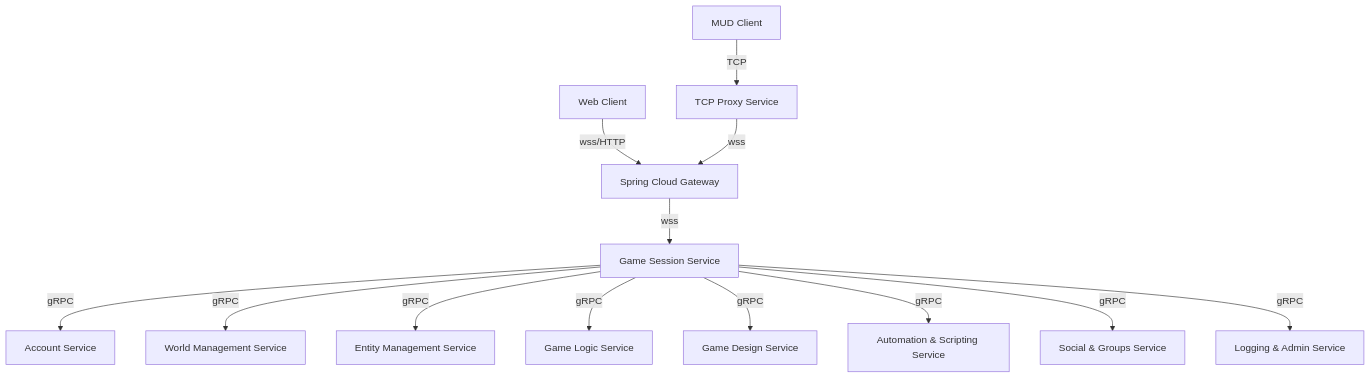
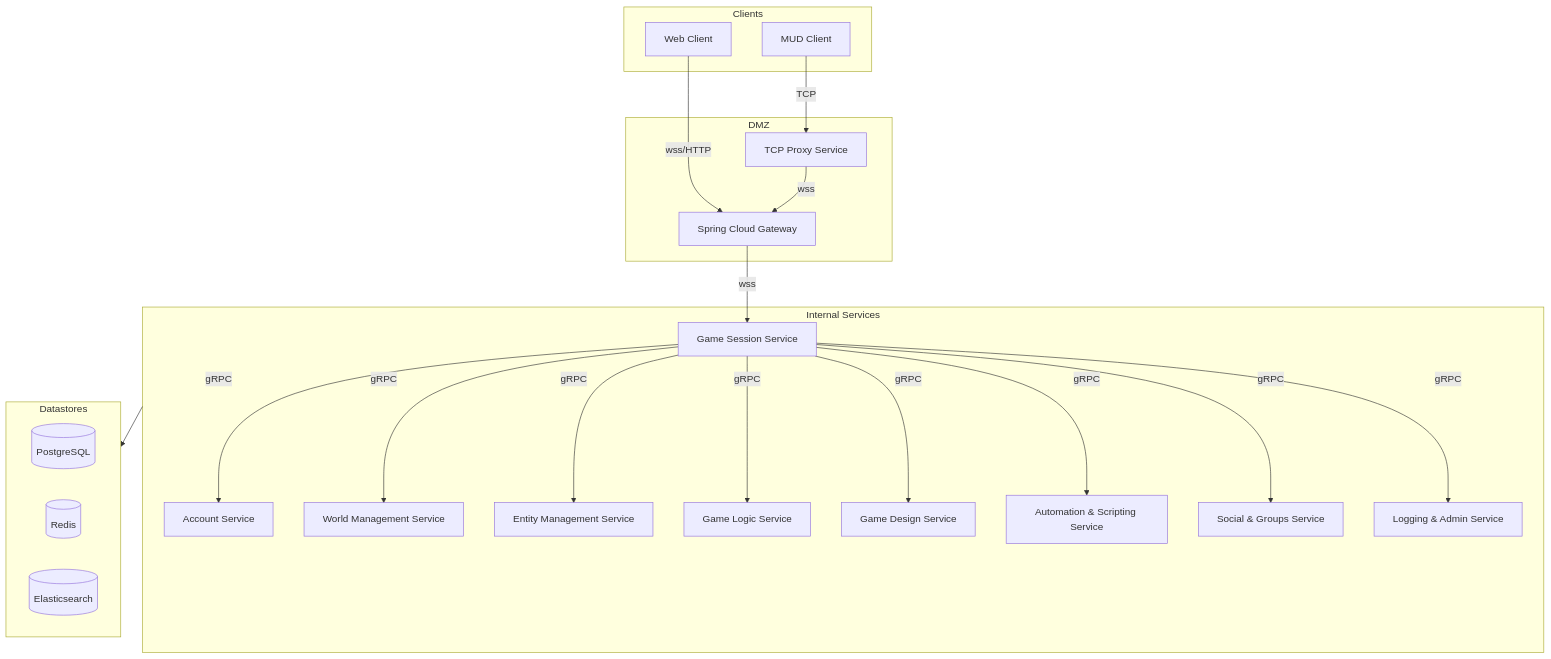
Before and after one commit to benhook1013/FireMUD: the diagram in design/architecture/system-architecture-diagram.md, drawn with Mermaid. The commit also changed other lines of this file, not shown here.

Commit message:
docs: expand architecture diagram

````diff
--- a/design/architecture/system-architecture-diagram.md
+++ b/design/architecture/system-architecture-diagram.md
@@ -3,16 +3,46 @@
 ```mermaid
 flowchart TD
-    MUD[MUD Client] -- TCP --> TCPProxy[TCP Proxy Service]
-    Web[Web Client] -- wss/HTTP --> Gateway[Spring Cloud Gateway]
+    subgraph Clients
+        MUD[MUD Client]
+        Web[Web Client]
+    end
+
+    subgraph DMZ
+        TCPProxy[TCP Proxy Service]
+        Gateway[Spring Cloud Gateway]
+    end
+
+    subgraph InternalServices["Internal Services"]
+        Session[Game Session Service]
+        Account[Account Service]
+        World[World Management Service]
+        Entity[Entity Management Service]
+        Logic[Game Logic Service]
+        Design[Game Design Service]
+        Script[Automation & Scripting Service]
+        Social[Social & Groups Service]
+        Logging[Logging & Admin Service]
+    end
+
+    subgraph Datastores
+        DB[(PostgreSQL)]
+        Cache[(Redis)]
+        ES[(Elasticsearch)]
+    end
+
+    MUD -- TCP --> TCPProxy
+    Web -- wss/HTTP --> Gateway
     TCPProxy -- wss --> Gateway
-    Gateway -- wss --> Session[Game Session Service]
+    Gateway -- wss --> Session
 
-    Session -- gRPC --> Account[Account Service]
-    Session -- gRPC --> World[World Management Service]
-    Session -- gRPC --> Entity[Entity Management Service]
-    Session -- gRPC --> Logic[Game Logic Service]
-    Session -- gRPC --> Design[Game Design Service]
-    Session -- gRPC --> Script[Automation & Scripting Service]
-    Session -- gRPC --> Social[Social & Groups Service]
-    Session -- gRPC --> Logging[Logging & Admin Service]
+    Session -- gRPC --> Account
+    Session -- gRPC --> World
+    Session -- gRPC --> Entity
+    Session -- gRPC --> Logic
+    Session -- gRPC --> Design
+    Session -- gRPC --> Script
+    Session -- gRPC --> Social
+    Session -- gRPC --> Logging
+
+    InternalServices --> Datastores
 ```
````
